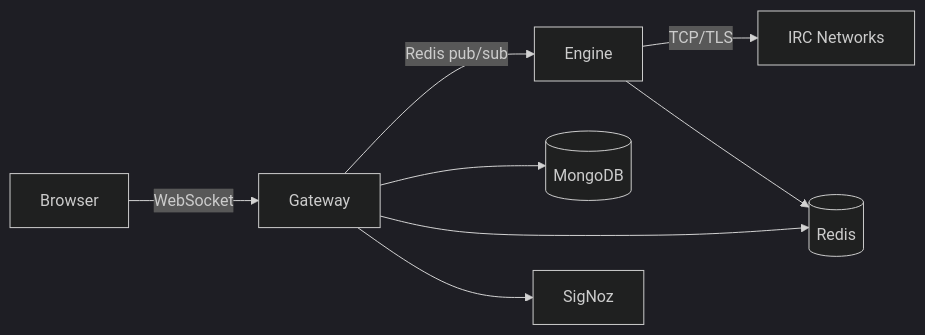
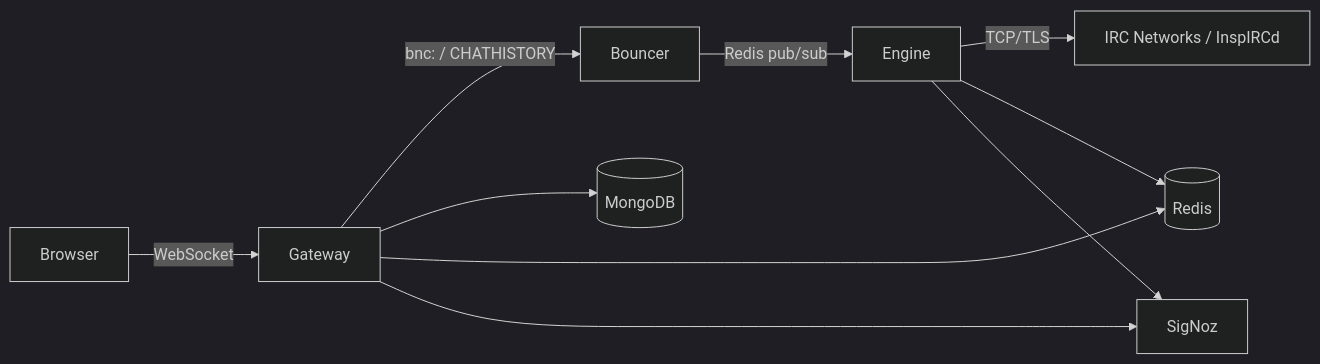
Before and after one commit to kevinpostal/irc-fiber: the diagram in README.md, drawn with Mermaid (dark theme). The commit also changed other lines of this file, not shown here.

First line of the commit message:
docs: update README for bouncer + infra + k8s

````diff
--- a/README.md
+++ b/README.md
@@ -40,10 +41,12 @@
 ```mermaid
 flowchart LR
   Browser -- WebSocket --> Gateway
-  Gateway -- Redis pub/sub --> Engine
-  Engine -- TCP/TLS --> IRC[IRC Networks]
+  Gateway -- "bnc:<password> / CHATHISTORY" --> Bouncer
+  Bouncer -- Redis pub/sub --> Engine
+  Engine -- TCP/TLS --> IRC[IRC Networks / InspIRCd]
   Gateway --> Mongo[(MongoDB)]
   Gateway --> Redis[(Redis)]
   Engine --> Redis
   Gateway --> SigNoz
+  Engine --> SigNoz
 ```
````
